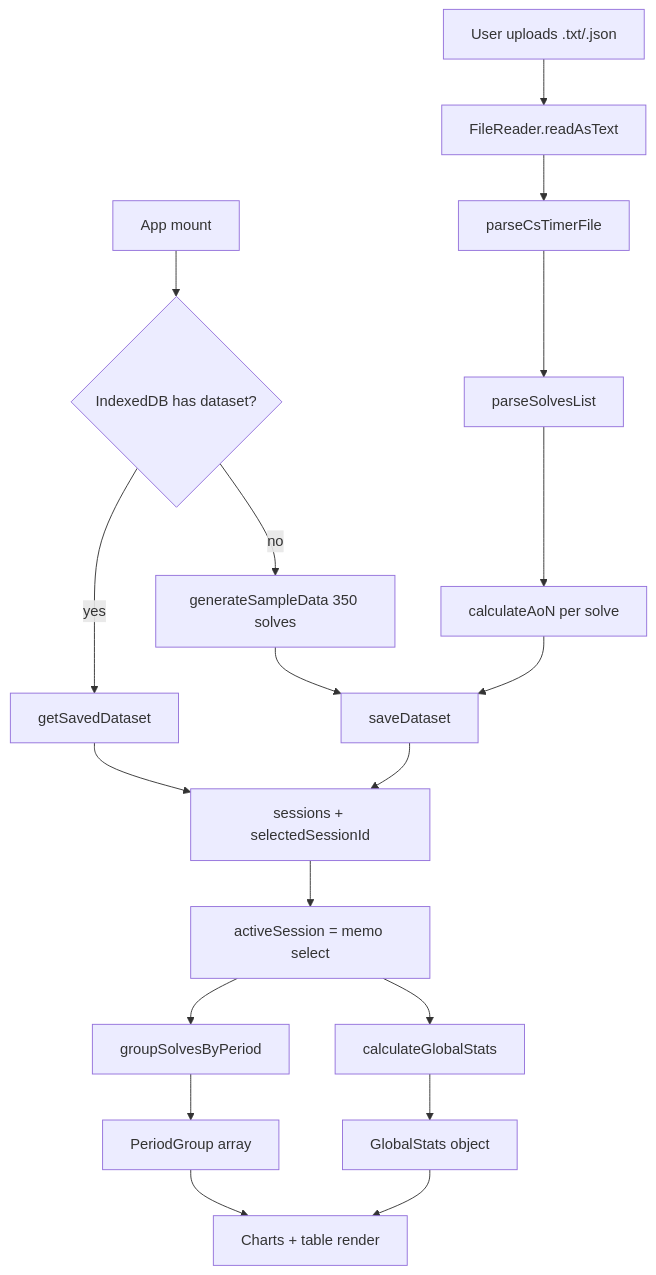
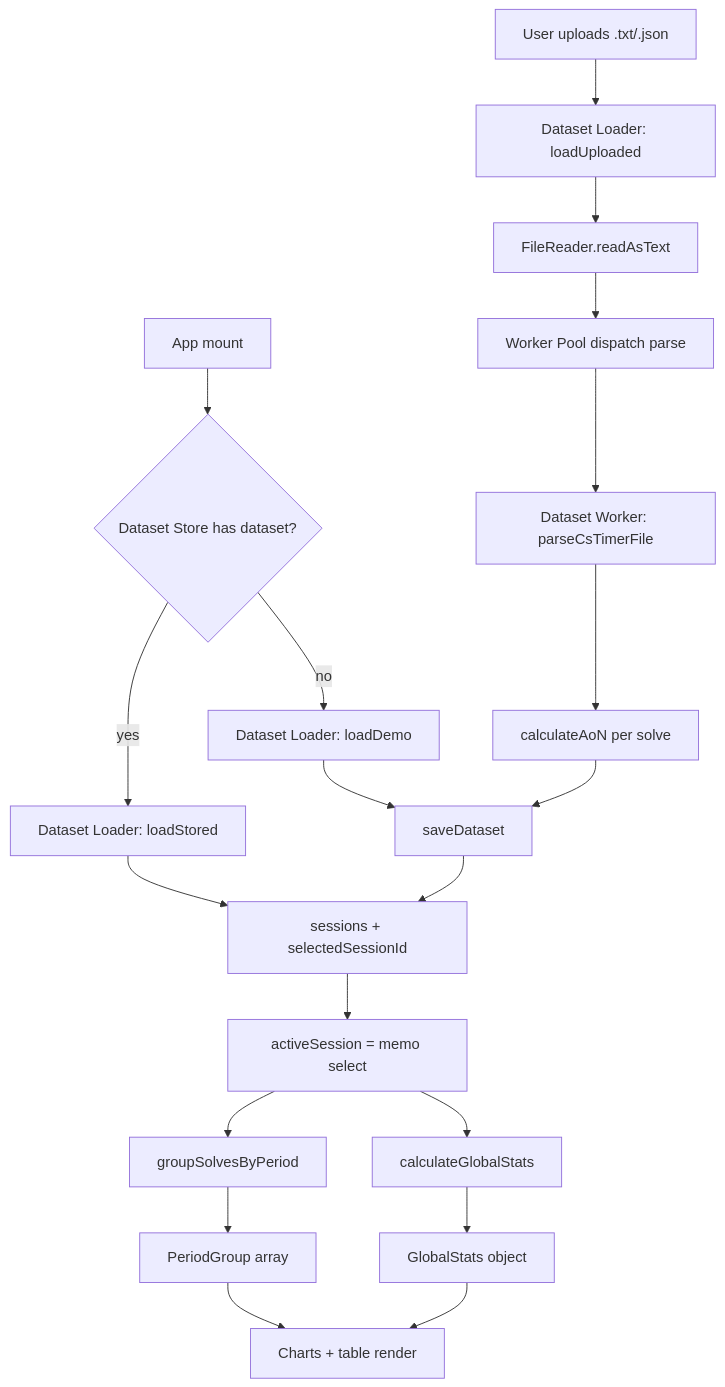
The diagram in docs/architecture.md (jjangsangy/CubeProgression), drawn with Mermaid before and after one commit. The commit also changed other lines of this file and 38 other files, not shown here.

Commit message:
refactor(data): use web worker to load files

````diff
--- a/docs/architecture.md
+++ b/docs/architecture.md
@@ -74,21 +75,22 @@
 ```mermaid
 flowchart TD
-    A[App mount] --> B{IndexedDB has dataset?}
-    B -->|yes| C[getSavedDataset]
-    B -->|no| D[generateSampleData 350 solves]
+    A[App mount] --> B{Dataset Store has dataset?}
+    B -->|yes| C[Dataset Loader: loadStored]
+    B -->|no| D[Dataset Loader: loadDemo]
     D --> E[saveDataset]
     C --> F[sessions + selectedSessionId]
     E --> F
-    G[User uploads .txt/.json] --> H[FileReader.readAsText]
-    H --> I[parseCsTimerFile]
-    I --> J[parseSolvesList]
-    J --> K[calculateAoN per solve]
-    K --> E
-    F --> L[activeSession = memo select]
-    L --> M[groupSolvesByPeriod]
-    L --> N[calculateGlobalStats]
-    M --> O[PeriodGroup array]
-    N --> P[GlobalStats object]
-    O --> Q[Charts + table render]
-    P --> Q
+    G[User uploads .txt/.json] --> H[Dataset Loader: loadUploaded]
+    H --> I[FileReader.readAsText]
+    I --> J[Worker Pool dispatch parse]
+    J --> K[Dataset Worker: parseCsTimerFile]
+    K --> L[calculateAoN per solve]
+    L --> E
+    F --> M[activeSession = memo select]
+    M --> N[groupSolvesByPeriod]
+    M --> O[calculateGlobalStats]
+    N --> P[PeriodGroup array]
+    O --> Q[GlobalStats object]
+    P --> R[Charts + table render]
+    Q --> R
 ```
````
